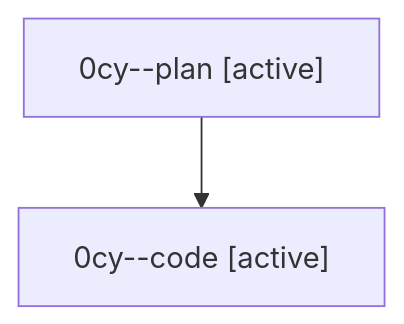
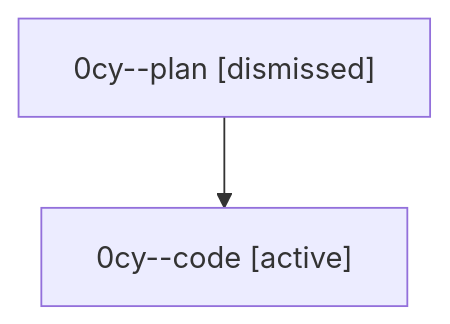
Before and after one commit to sase-org/sase--agents: the diagram in sessions/bbugyi200.athena.0cy.md, drawn with Mermaid. The commit also changed other lines of this file and 33 other files, not shown here.

````diff
--- a/sessions/bbugyi200.athena.0cy.md
+++ b/sessions/bbugyi200.athena.0cy.md
@@ -9,6 +9,6 @@
 ```mermaid
 flowchart TD
-  n0["0cy--plan [active]"]
+  n0["0cy--plan [dismissed]"]
   n1["0cy--code [active]"]
   n0 --> n1
 ```
````
